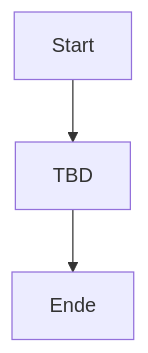
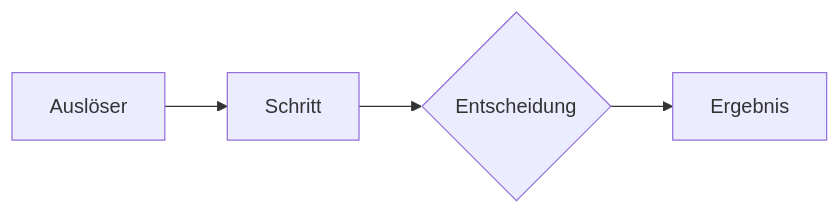
The diagram in templates/process-template.md (philtim/RR-Leadership-Architecture), drawn with Mermaid before and after one commit. The commit also changed other lines of this file and 39 other files, not shown here.

Commit message:
revised architecture of leadership

````diff
--- a/templates/process-template.md
+++ b/templates/process-template.md
@@ -27,5 +53,6 @@
 ```mermaid
-flowchart TD
-    A[Start] --> B[TBD]
-    B --> C[Ende]
+flowchart LR
+    A[Auslöser] --> B[Schritt]
+    B --> C{Entscheidung}
+    C --> D[Ergebnis]
 ```
````
